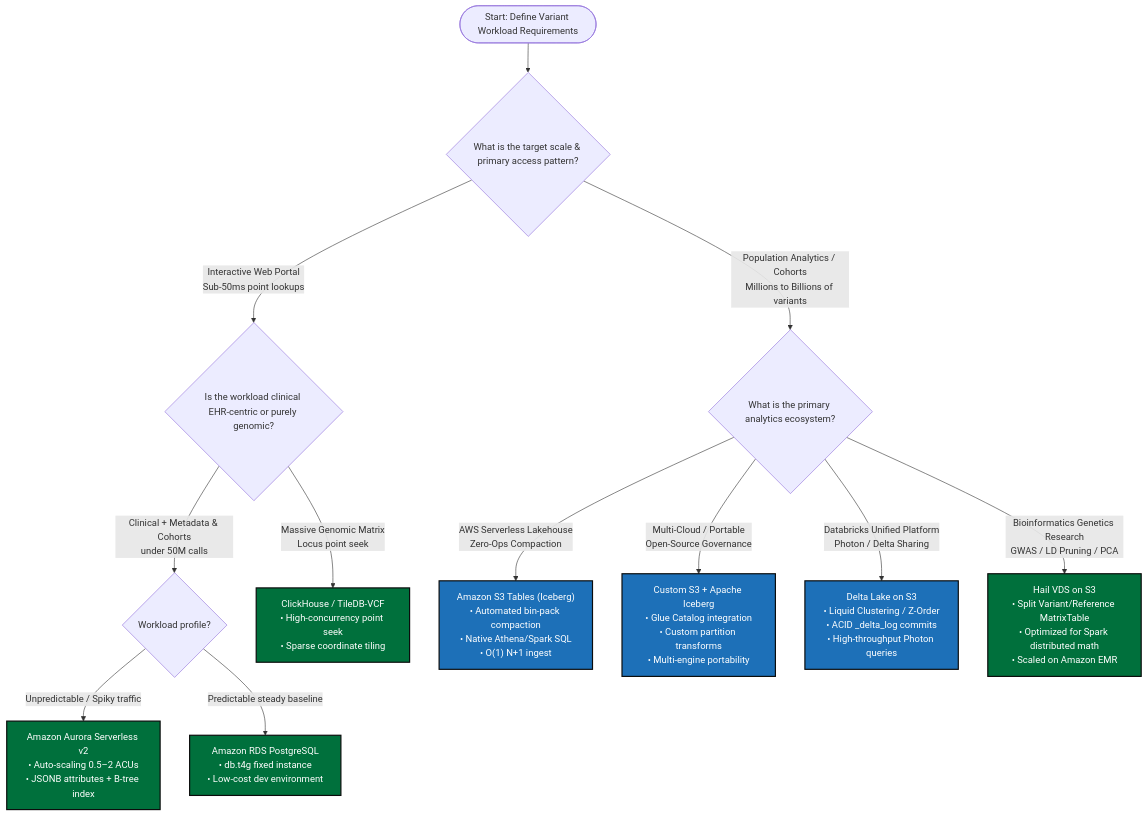
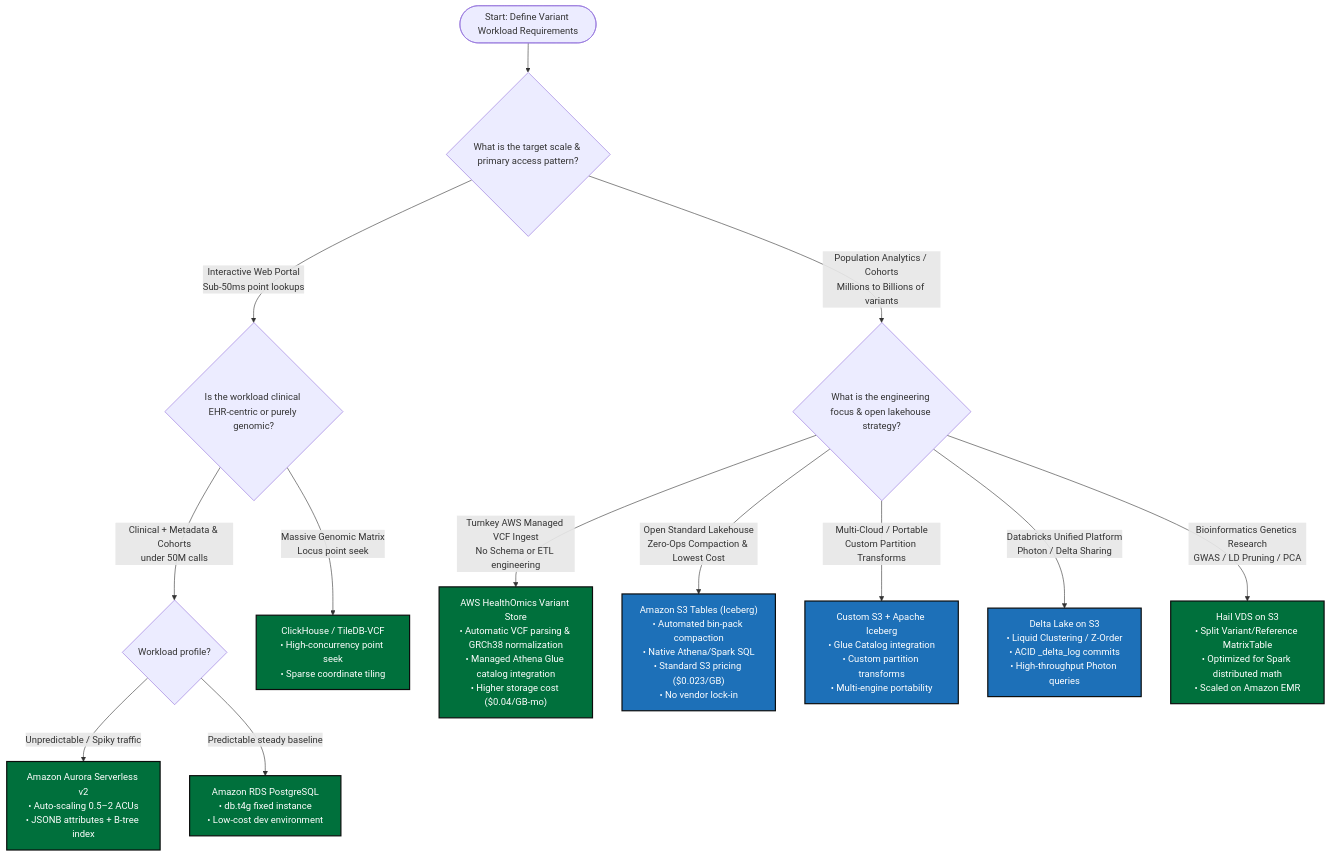
One commit to anothernoise/hls-variant-store-aws changed the diagram in docs/summary.md. Above: the diagram before and after it, drawn with Mermaid. The commit also changed other lines of this file and 10 other files, not shown here.

Commit message:
feat(app): add Plotly Dash multi-engine explorer and HealthOmics variant store integration

````diff
--- a/docs/summary.md
+++ b/docs/summary.md
@@ -30,25 +31,27 @@
 ```mermaid
 flowchart TD
     START(["Start: Define Variant Workload Requirements"]) --> Q_SCALE{"What is the target scale & primary access pattern?"}
     
     Q_SCALE -->|Interactive Web Portal<br/>Sub-50ms point lookups| D_OLTP{"Is the workload clinical EHR-centric or purely genomic?"}
     D_OLTP -->|Clinical + Metadata & Cohorts<br/>under 50M calls| R_POSTGRES{"Workload profile?"}
     R_POSTGRES -->|Unpredictable / Spiky traffic| A_AURORA["Amazon Aurora Serverless v2<br/>• Auto-scaling 0.5–2 ACUs<br/>• JSONB attributes + B-tree index"]
     R_POSTGRES -->|Predictable steady baseline| A_RDS["Amazon RDS PostgreSQL<br/>• db.t4g fixed instance<br/>• Low-cost dev environment"]
     D_OLTP -->|Massive Genomic Matrix<br/>Locus point seek| A_CH["ClickHouse / TileDB-VCF<br/>• High-concurrency point seek<br/>• Sparse coordinate tiling"]
 
-    Q_SCALE -->|Population Analytics / Cohorts<br/>Millions to Billions of variants| D_ECO{"What is the primary analytics ecosystem?"}
+    Q_SCALE -->|Population Analytics / Cohorts<br/>Millions to Billions of variants| D_ECO{"What is the engineering focus & open lakehouse strategy?"}
     
-    D_ECO -->|AWS Serverless Lakehouse<br/>Zero-Ops Compaction| A_S3T["Amazon S3 Tables (Iceberg)<br/>• Automated bin-pack compaction<br/>• Native Athena/Spark SQL<br/>• O(1) N+1 ingest"]
+    D_ECO -->|Turnkey AWS Managed VCF Ingest<br/>No Schema or ETL engineering| A_OMICS["AWS HealthOmics Variant Store<br/>• Automatic VCF parsing & GRCh38 normalization<br/>• Managed Athena Glue catalog integration<br/>• Higher storage cost ($0.04/GB-mo)"]
+
+    D_ECO -->|Open Standard Lakehouse<br/>Zero-Ops Compaction & Lowest Cost| A_S3T["Amazon S3 Tables (Iceberg)<br/>• Automated bin-pack compaction<br/>• Native Athena/Spark SQL<br/>• Standard S3 pricing ($0.023/GB)<br/>• No vendor lock-in"]
     
-    D_ECO -->|Multi-Cloud / Portable<br/>Open-Source Governance| A_CUST["Custom S3 + Apache Iceberg<br/>• Glue Catalog integration<br/>• Custom partition transforms<br/>• Multi-engine portability"]
+    D_ECO -->|Multi-Cloud / Portable<br/>Custom Partition Transforms| A_CUST["Custom S3 + Apache Iceberg<br/>• Glue Catalog integration<br/>• Custom partition transforms<br/>• Multi-engine portability"]
     
     D_ECO -->|Databricks Unified Platform<br/>Photon / Delta Sharing| A_DELTA["Delta Lake on S3<br/>• Liquid Clustering / Z-Order<br/>• ACID _delta_log commits<br/>• High-throughput Photon queries"]
     
     D_ECO -->|Bioinformatics Genetics Research<br/>GWAS / LD Pruning / PCA| A_HAIL["Hail VDS on S3<br/>• Split Variant/Reference MatrixTable<br/>• Optimized for Spark distributed math<br/>• Scaled on Amazon EMR"]
 
     classDef primary fill:#1d70b8,stroke:#0b0c0c,color:#ffffff,stroke-width:2px;
     classDef opt fill:#00703c,stroke:#0b0c0c,color:#ffffff,stroke-width:2px;
     class A_S3T,A_CUST,A_DELTA primary;
-    class A_AURORA,A_RDS,A_CH,A_HAIL opt;
+    class A_AURORA,A_RDS,A_CH,A_HAIL,A_OMICS opt;
 ```
````
